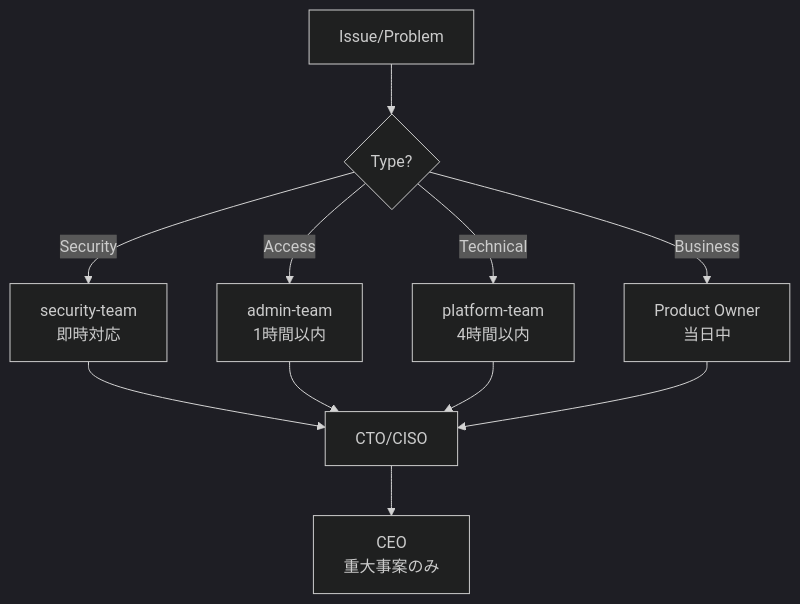
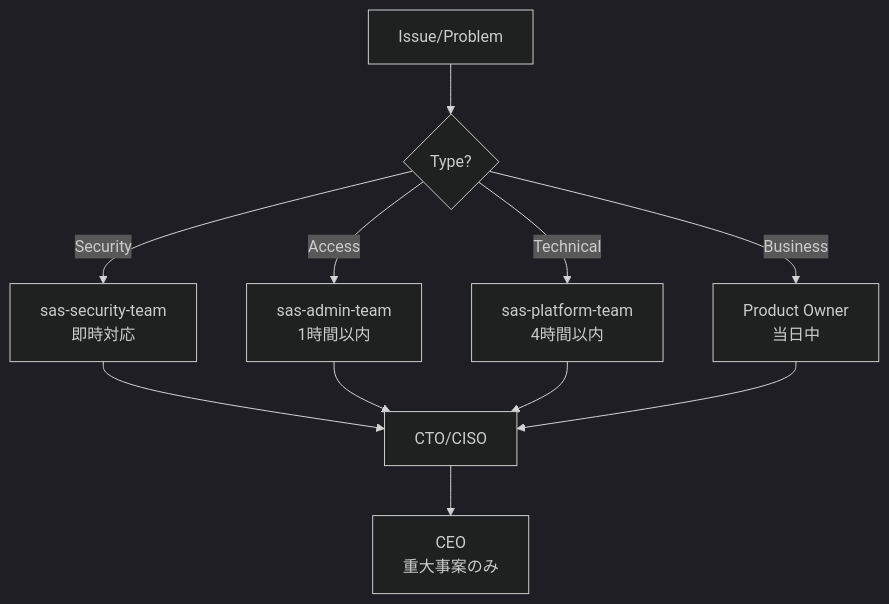
One commit to sas-com/github-guidelines changed the second of 2 diagrams in docs/overview/GITHUB_ORG_ARCHITECTURE.md. Above: the diagram before and after it, drawn with Mermaid (dark theme). The commit also changed other lines of this file and 19 other files, not shown here.

First line of the commit message:
docs(team): Team命名規則を追加し全ドキュメントのTeam名をpj-/sas-プレフィクス形式に統一

````diff
--- a/docs/overview/GITHUB_ORG_ARCHITECTURE.md
+++ b/docs/overview/GITHUB_ORG_ARCHITECTURE.md
@@ -690,15 +781,15 @@
 ```mermaid
 graph TD
     A[Issue/Problem] --> B{Type?}
-    B -->|Security| C[security-team<br/>即時対応]
-    B -->|Access| D[admin-team<br/>1時間以内]
-    B -->|Technical| E[platform-team<br/>4時間以内]
+    B -->|Security| C[sas-security-team<br/>即時対応]
+    B -->|Access| D[sas-admin-team<br/>1時間以内]
+    B -->|Technical| E[sas-platform-team<br/>4時間以内]
     B -->|Business| F[Product Owner<br/>当日中]
     
     C --> G[CTO/CISO]
     D --> G
     E --> G
     F --> G
     
     G --> H[CEO<br/>重大事案のみ]
 ```
````
